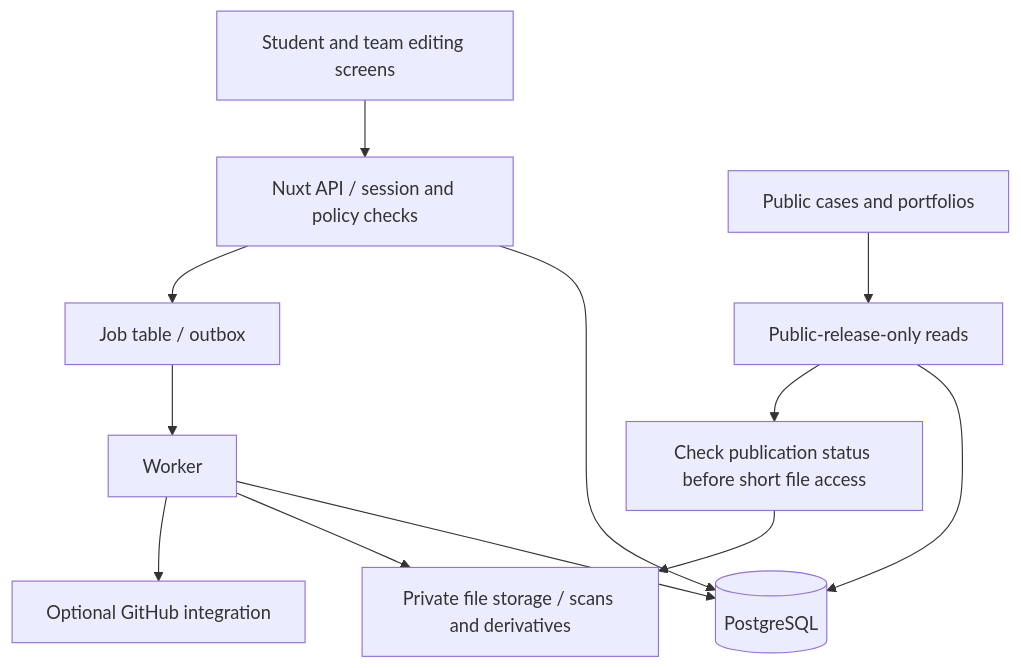
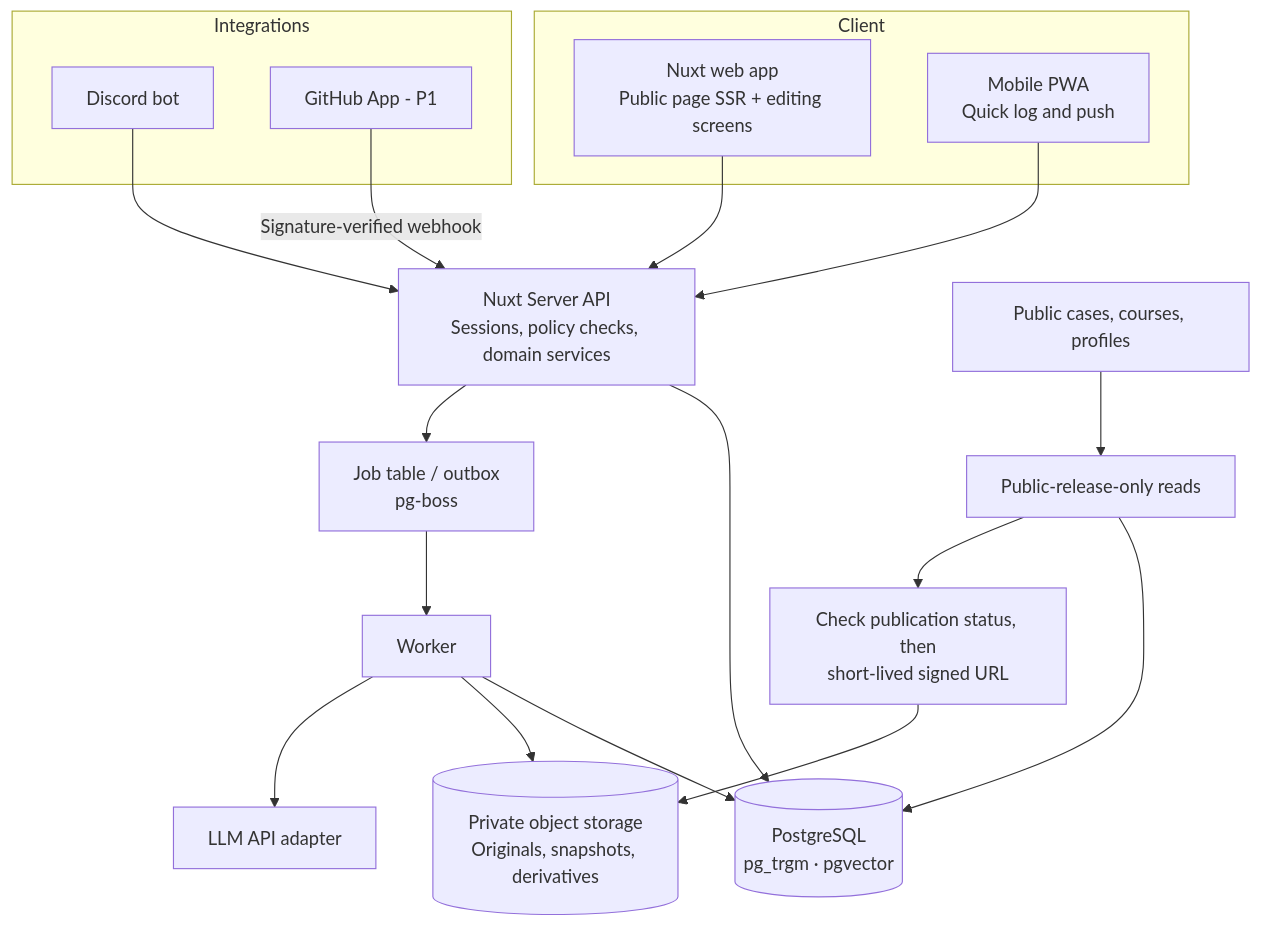
One commit to polynomeer/peerchive changed the first of 3 diagrams in docs/planning/SYSTEM_DESIGN.en.md. Above: the diagram before and after it, drawn with Mermaid. The commit also changed other lines of this file and 10 other files, not shown here.

````diff
--- a/docs/planning/SYSTEM_DESIGN.en.md
+++ b/docs/planning/SYSTEM_DESIGN.en.md
@@ -91,14 +61,25 @@
 ```mermaid
 flowchart TD
-    U[Student and team editing screens] --> A[Nuxt API / session and policy checks]
-    P[Public cases and portfolios] --> R[Public-release-only reads]
-    A --> D[(PostgreSQL)]
-    R --> D
-    A --> Q[Job table / outbox]
-    Q --> W[Worker]
-    W --> D
-    W --> S[Private file storage / scans and derivatives]
-    R --> G[Check publication status before short file access]
-    G --> S
-    W --> X[Optional GitHub integration]
+    subgraph Client
+      W[Nuxt web app<br/>Public page SSR + editing screens]
+      PWA[Mobile PWA<br/>Quick log and push]
+    end
+    subgraph Integrations
+      DC[Discord bot]
+      GH[GitHub App - P1]
+    end
+    W --> API[Nuxt Server API<br/>Sessions, policy checks, domain services]
+    PWA --> API
+    DC --> API
+    GH -->|Signature-verified webhook| API
+    P[Public cases, courses, profiles] --> R[Public-release-only reads]
+    API --> DB[(PostgreSQL<br/>pg_trgm · pgvector)]
+    R --> DB
+    API --> Q[Job table / outbox<br/>pg-boss]
+    Q --> WK[Worker]
+    WK --> DB
+    WK --> S3[(Private object storage<br/>Originals, snapshots, derivatives)]
+    WK --> AI[LLM API adapter]
+    R --> G[Check publication status, then<br/>short-lived signed URL]
+    G --> S3
 ```
````
